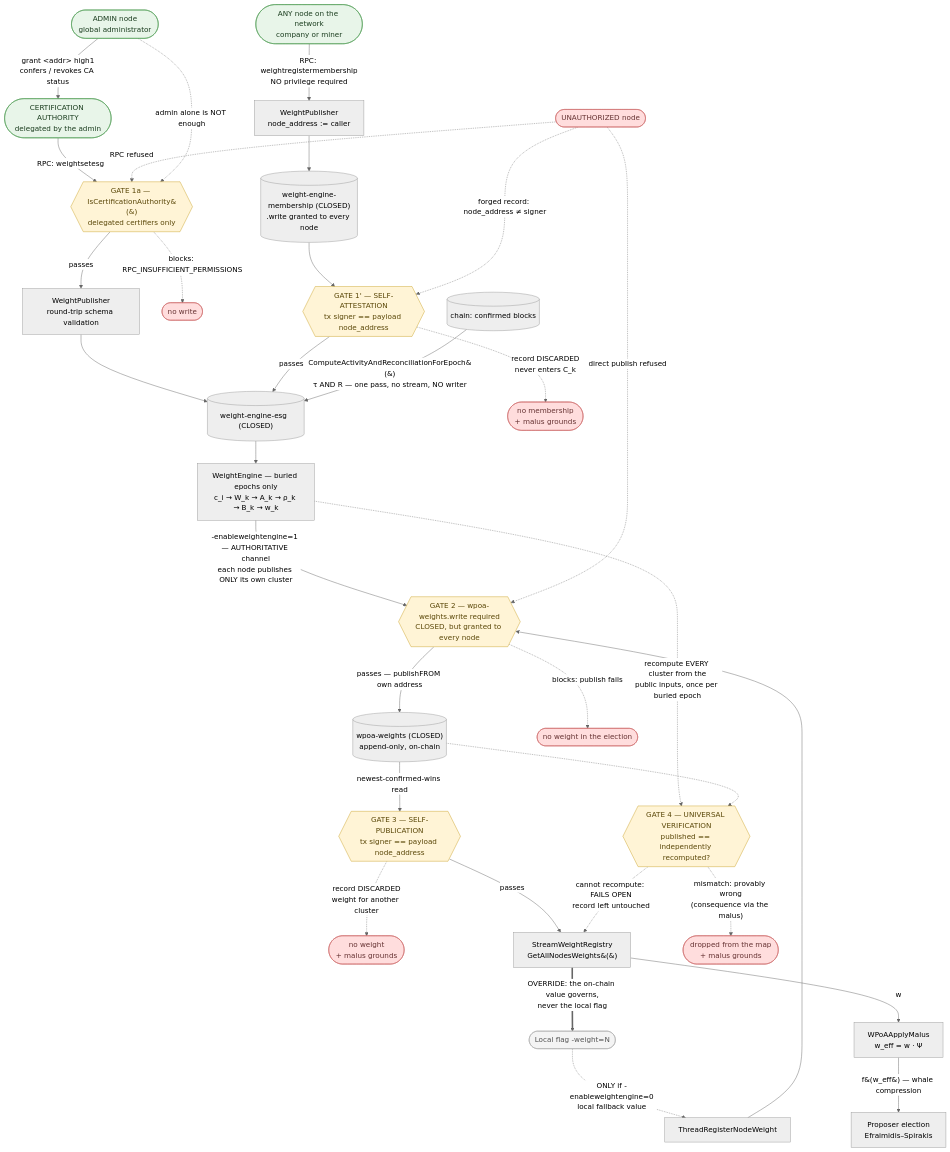
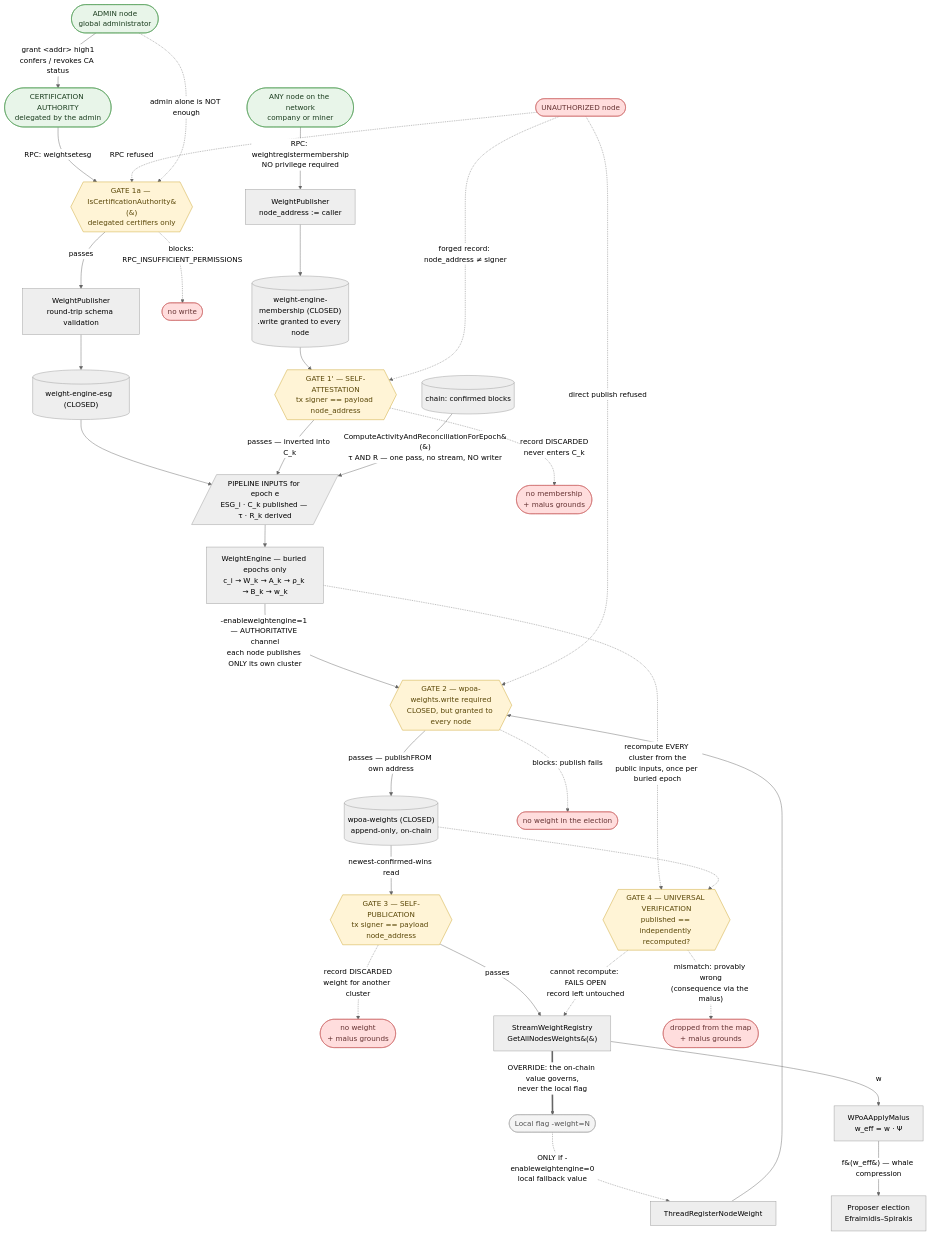
Before and after one commit to FeMattu/multichain: the diagram in src/wpoa/docs/implementation-status.md, drawn with Mermaid (neutral theme). The commit also changed other lines of this file and 20 other files, not shown here.

````diff
--- a/src/wpoa/docs/implementation-status.md
+++ b/src/wpoa/docs/implementation-status.md
@@ -75,62 +75,64 @@
 ```mermaid
 flowchart TD
     ADM([ADMIN node<br/>global administrator]):::ok
     CA([CERTIFICATION AUTHORITY<br/>delegated by the admin]):::ok
     UNAUTH([UNAUTHORIZED node]):::bad
     ANYNODE([ANY node on the network<br/>company or miner]):::ok
 
     ADM -->|"grant &lt;addr&gt; high1<br/>confers / revokes CA status"| CA
     CA -->|"RPC: weightsetesg"| GATE_CA
     UNAUTH -.->|"RPC refused"| GATE_CA
     ADM -.->|"admin alone is NOT enough"| GATE_CA
 
     GATE_CA{{"GATE 1a — IsCertificationAuthority&#40;&#41;<br/>delegated certifiers only"}}:::gate
     GATE_CA -->|passes| PUB["WeightPublisher<br/>round-trip schema validation"]
     GATE_CA -.->|"blocks: RPC_INSUFFICIENT_PERMISSIONS"| DENY1([no write]):::bad
 
-    PUB --> INS[("weight-engine-esg  (CLOSED)")]
+    PUB --> ESGS[("weight-engine-esg  (CLOSED)")]
+    ESGS --> INS
 
     ANYNODE -->|"RPC: weightregistermembership<br/>NO privilege required"| PUBM["WeightPublisher<br/>node_address := caller"]
     PUBM --> MEMS[("weight-engine-membership (CLOSED)<br/>.write granted to every node")]
 
     MEMS --> GATE_SELF{{"GATE 1' — SELF-ATTESTATION<br/>tx signer == payload node_address"}}:::gate
-    GATE_SELF -->|passes| INS
+    GATE_SELF -->|"passes — inverted into C_k"| INS
     GATE_SELF -.->|"record DISCARDED<br/>never enters C_k"| DENY_M([no membership<br/>+ malus grounds]):::bad
     UNAUTH -.->|"forged record: node_address ≠ signer"| GATE_SELF
 
     CHAIN[("chain: confirmed blocks")] -->|"ComputeActivityAndReconciliationForEpoch&#40;&#41;<br/>τ AND R — one pass, no stream, NO writer"| INS
 
+    INS[/"PIPELINE INPUTS for epoch e<br/>ESG_i · C_k published — τ · R_k derived"/]
     INS --> ENG["WeightEngine — buried epochs only<br/>c_i → W_k → A_k → ρ_k → B_k → w_k"]
 
     CLI([Local flag -weight=N]):::weak
     CLI -.->|"ONLY if -enableweightengine=0<br/>local fallback value"| STAT["ThreadRegisterNodeWeight"]
 
     ENG -->|"-enableweightengine=1 — AUTHORITATIVE channel<br/>each node publishes ONLY its own cluster"| GATE_W
     STAT --> GATE_W
 
     GATE_W{{"GATE 2 — wpoa-weights.write required<br/>CLOSED, but granted to every node"}}:::gate
     GATE_W -->|"passes — publishFROM own address"| WSTREAM[("wpoa-weights (CLOSED)<br/>append-only, on-chain")]
     GATE_W -.->|"blocks: publish fails"| DENY2([no weight in the election]):::bad
     UNAUTH -.->|"direct publish refused"| GATE_W
 
     WSTREAM -->|"newest-confirmed-wins read"| GATE_SELFW
     GATE_SELFW{{"GATE 3 — SELF-PUBLICATION<br/>tx signer == payload node_address"}}:::gate
     GATE_SELFW -.->|"record DISCARDED<br/>weight for another cluster"| DENY3([no weight<br/>+ malus grounds]):::bad
     GATE_SELFW -->|passes| REG["StreamWeightRegistry<br/>GetAllNodesWeights&#40;&#41;"]
 
     ENG -.->|"recompute EVERY cluster from the<br/>public inputs, once per buried epoch"| VER
     WSTREAM -.-> VER
     VER{{"GATE 4 — UNIVERSAL VERIFICATION<br/>published == independently recomputed?"}}:::gate
     VER -.->|"mismatch: provably wrong<br/>(consequence via the malus)"| DENY4([dropped from the map<br/>+ malus grounds]):::bad
     VER -.->|"cannot recompute: FAILS OPEN<br/>record left untouched"| REG
 
     REG ==>|"OVERRIDE: the on-chain value governs,<br/>never the local flag"| CLI
 
     REG -->|"w"| MAL["WPoAApplyMalus<br/>w_eff = w · Ψ"]
     MAL -->|"f&#40;w_eff&#41; — whale compression"| ELECT["Proposer election<br/>Efraimidis–Spirakis"]
 
     classDef ok   fill:#e8f5e9,stroke:#4c9a51,color:#1b3d1f;
     classDef bad  fill:#fdd,stroke:#c66,color:#633;
     classDef weak fill:#f4f4f4,stroke:#aaa,color:#555;
     classDef gate fill:#fff4d6,stroke:#c9a227,color:#5a4708;
 ```
````
